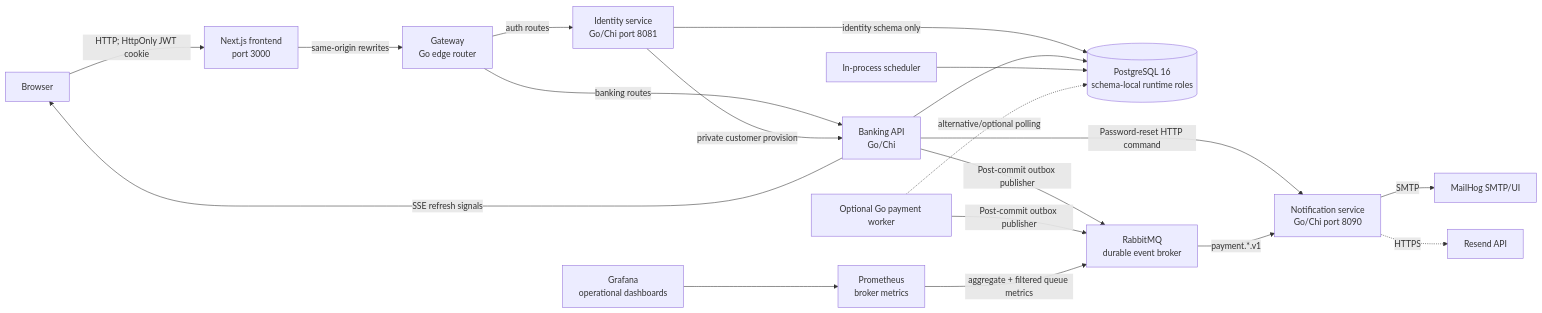
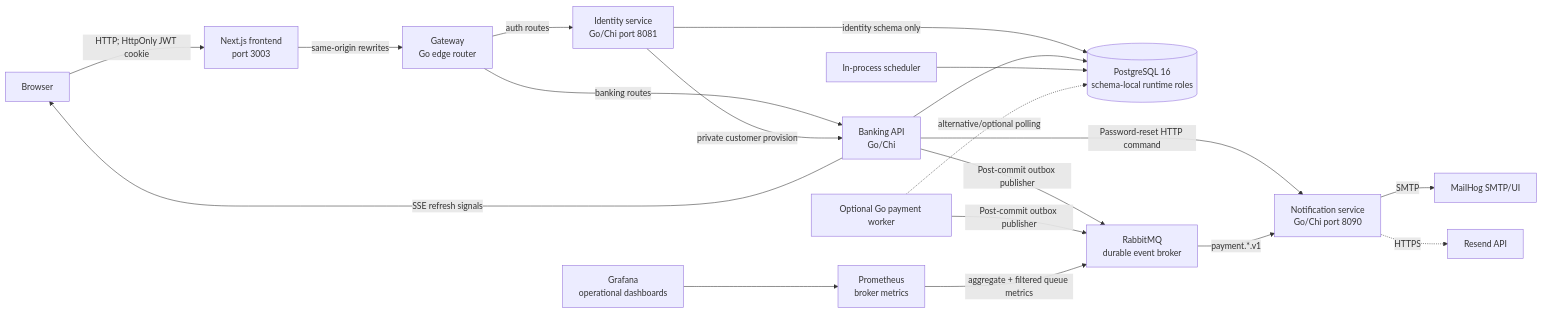
The second of 3 diagrams in docs/adr/architecture/current-architecture.md (mustafa-oezdemir/banking_go), drawn with Mermaid before and after one commit. The commit also changed 16 other files, not shown here.

````diff
--- a/docs/adr/architecture/current-architecture.md
+++ b/docs/adr/architecture/current-architecture.md
@@ -31,36 +31,36 @@
 ```mermaid
 flowchart LR
     Browser["Browser"]
-    Frontend["Next.js frontend\nport 3000"]
+    Frontend["Next.js frontend\nport 3003"]
     Gateway["Gateway\nGo edge router"]
     Identity["Identity service\nGo/Chi port 8081"]
     API["Banking API\nGo/Chi"]
     Notification["Notification service\nGo/Chi port 8090"]
     Scheduler["In-process scheduler"]
     Worker["Optional Go payment worker"]
     DB[("PostgreSQL 16\nschema-local runtime roles")]
     Rabbit["RabbitMQ\ndurable event broker"]
     Prometheus["Prometheus\nbroker metrics"]
     Grafana["Grafana\noperational dashboards"]
     MailHog["MailHog SMTP/UI"]
     Resend["Resend API"]
 
     Browser -->|"HTTP; HttpOnly JWT cookie"| Frontend
     Frontend -->|"same-origin rewrites"| Gateway
     Gateway -->|"auth routes"| Identity
     Gateway -->|"banking routes"| API
     Identity -->|"private customer provision"| API
     Identity -->|"identity schema only"| DB
     API --> DB
     Scheduler --> DB
     Worker -. "alternative/optional polling" .-> DB
     API -->|"Password-reset HTTP command"| Notification
     API -->|"Post-commit outbox publisher"| Rabbit
     Worker -->|"Post-commit outbox publisher"| Rabbit
     Rabbit -->|"payment.*.v1"| Notification
     Prometheus -->|"aggregate + filtered queue metrics"| Rabbit
     Grafana --> Prometheus
     Notification -->|"SMTP"| MailHog
     Notification -. "HTTPS" .-> Resend
     API -->|"SSE refresh signals"| Browser
 ```
````
